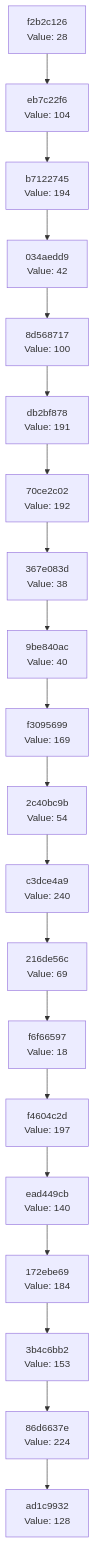
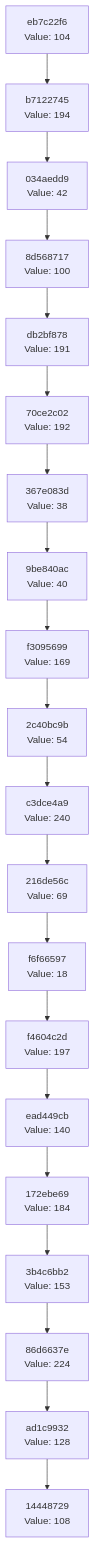
The diagram in docs/CHAIN_VISUALIZATION.md (Abhisheksinha1506/hash-chain-evolver), drawn with Mermaid before and after one commit. The commit also changed 2 other files, not shown here.

Commit message:
Evolution Step

````diff
--- a/docs/CHAIN_VISUALIZATION.md
+++ b/docs/CHAIN_VISUALIZATION.md
@@ -3,42 +3,42 @@
 ```mermaid
 graph TD
-    C0["ad1c9932<br/>Value: 128"]
-    C1["86d6637e<br/>Value: 224"]
+    C0["14448729<br/>Value: 108"]
+    C1["ad1c9932<br/>Value: 128"]
     C1 --> C0
-    C2["3b4c6bb2<br/>Value: 153"]
+    C2["86d6637e<br/>Value: 224"]
     C2 --> C1
-    C3["172ebe69<br/>Value: 184"]
+    C3["3b4c6bb2<br/>Value: 153"]
     C3 --> C2
-    C4["ead449cb<br/>Value: 140"]
+    C4["172ebe69<br/>Value: 184"]
     C4 --> C3
-    C5["f4604c2d<br/>Value: 197"]
+    C5["ead449cb<br/>Value: 140"]
     C5 --> C4
-    C6["f6f66597<br/>Value: 18"]
+    C6["f4604c2d<br/>Value: 197"]
     C6 --> C5
-    C7["216de56c<br/>Value: 69"]
+    C7["f6f66597<br/>Value: 18"]
     C7 --> C6
-    C8["c3dce4a9<br/>Value: 240"]
+    C8["216de56c<br/>Value: 69"]
     C8 --> C7
-    C9["2c40bc9b<br/>Value: 54"]
+    C9["c3dce4a9<br/>Value: 240"]
     C9 --> C8
-    C10["f3095699<br/>Value: 169"]
+    C10["2c40bc9b<br/>Value: 54"]
     C10 --> C9
-    C11["9be840ac<br/>Value: 40"]
+    C11["f3095699<br/>Value: 169"]
     C11 --> C10
-    C12["367e083d<br/>Value: 38"]
+    C12["9be840ac<br/>Value: 40"]
     C12 --> C11
-    C13["70ce2c02<br/>Value: 192"]
+    C13["367e083d<br/>Value: 38"]
     C13 --> C12
-    C14["db2bf878<br/>Value: 191"]
+    C14["70ce2c02<br/>Value: 192"]
     C14 --> C13
-    C15["8d568717<br/>Value: 100"]
+    C15["db2bf878<br/>Value: 191"]
     C15 --> C14
-    C16["034aedd9<br/>Value: 42"]
+    C16["8d568717<br/>Value: 100"]
     C16 --> C15
-    C17["b7122745<br/>Value: 194"]
+    C17["034aedd9<br/>Value: 42"]
     C17 --> C16
-    C18["eb7c22f6<br/>Value: 104"]
+    C18["b7122745<br/>Value: 194"]
     C18 --> C17
-    C19["f2b2c126<br/>Value: 28"]
+    C19["eb7c22f6<br/>Value: 104"]
     C19 --> C18
 ```
````
